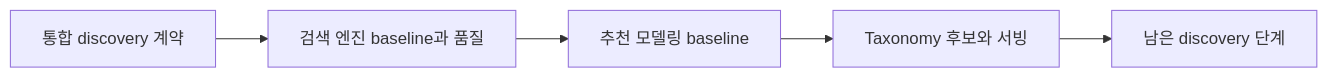
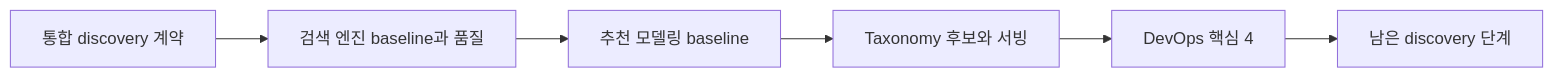
One commit to dc-choi/interview changed the diagram in fit/growth/learning/roadmaps/2027-Search-Recommendation-Roadmap.md. Above: the diagram before and after it, drawn with Mermaid. The commit also changed other lines of this file and 6 other files, not shown here.

````diff
--- a/fit/growth/learning/roadmaps/2027-Search-Recommendation-Roadmap.md
+++ b/fit/growth/learning/roadmaps/2027-Search-Recommendation-Roadmap.md
@@ -31,7 +30,8 @@
 ```mermaid
 flowchart LR
   A[통합 discovery 계약] --> B[검색 엔진 baseline과 품질]
   B --> C[추천 모델링 baseline]
   C --> D[Taxonomy 후보와 서빙]
-  D --> E[남은 discovery 단계]
+  D --> E[DevOps 핵심 4]
+  E --> F[남은 discovery 단계]
 ```
````
